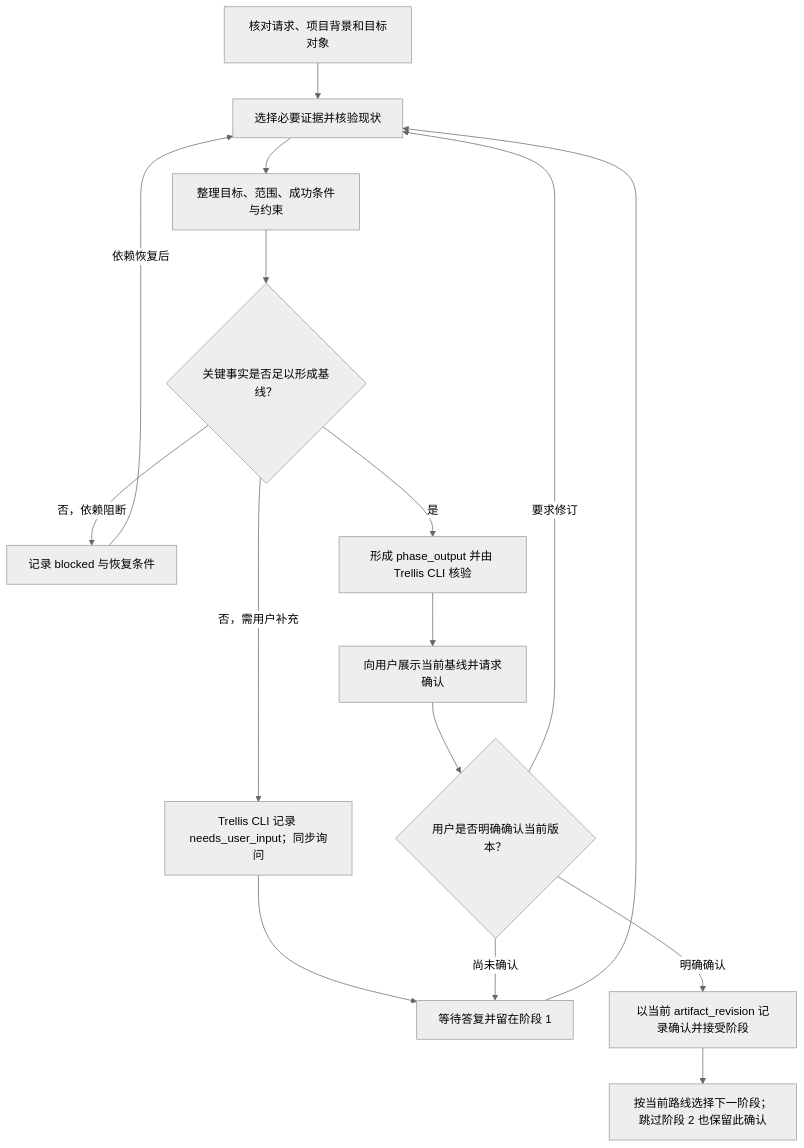
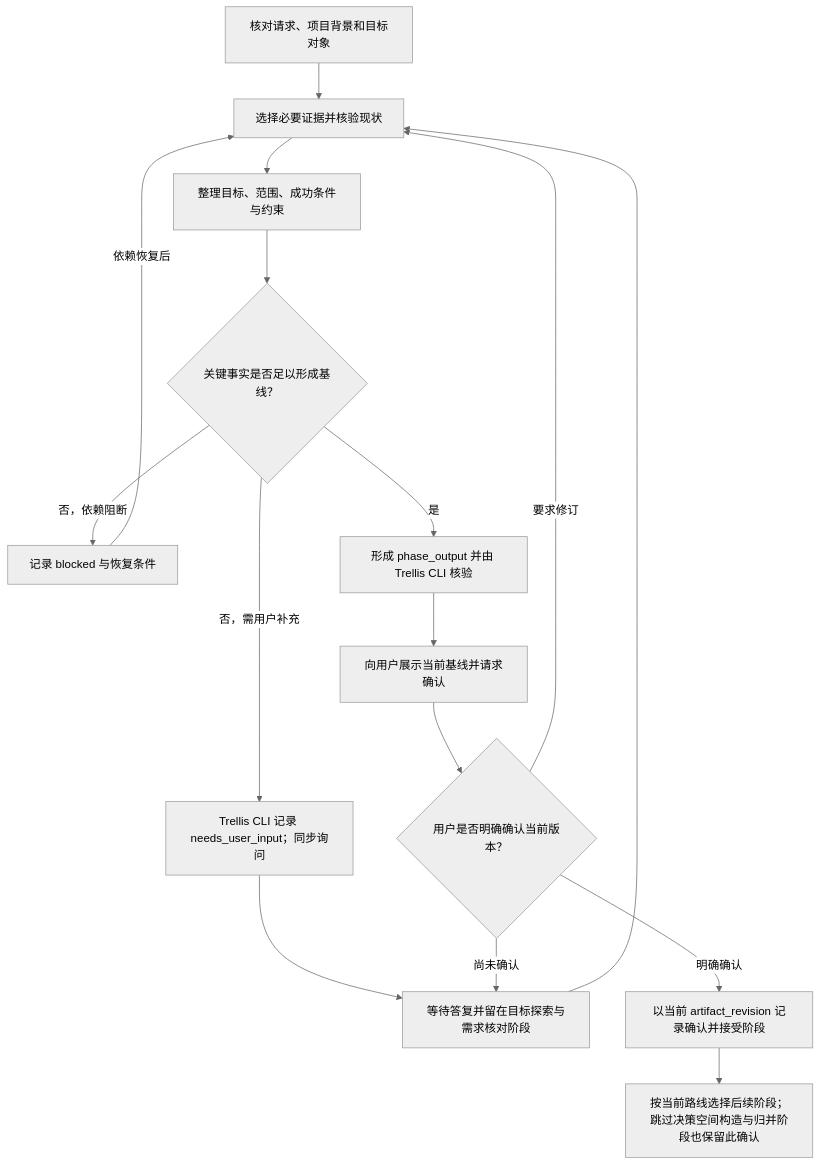
The diagram in packages/cli/src/templates/common/bundled-skills/trellis-goal-exploration-and-requirements/workflow.md (PennixRv/Trellis), drawn with Mermaid (neutral theme) before and after one commit. The commit also changed other lines of this file and 74 other files, not shown here.

````diff
--- a/packages/cli/src/templates/common/bundled-skills/trellis-goal-exploration-and-requirements/workflow.md
+++ b/packages/cli/src/templates/common/bundled-skills/trellis-goal-exploration-and-requirements/workflow.md
@@ -9,18 +9,18 @@
 ```mermaid
 flowchart TD
   request["核对请求、项目背景和目标对象"] --> evidence["选择必要证据并核验现状"]
   evidence --> baseline["整理目标、范围、成功条件与约束"]
   baseline --> enough{"关键事实是否足以形成基线？"}
   enough -->|"否，需用户补充"| ask["Trellis CLI 记录 needs_user_input；同步询问"]
-  ask --> wait["等待答复并留在阶段 1"]
+  ask --> wait["等待答复并留在目标探索与需求核对阶段"]
   wait --> evidence
   enough -->|"否，依赖阻断"| blocked["记录 blocked 与恢复条件"]
   blocked -->|"依赖恢复后"| evidence
   enough -->|"是"| output["形成 phase_output 并由 Trellis CLI 核验"]
   output --> confirm["向用户展示当前基线并请求确认"]
   confirm --> decision{"用户是否明确确认当前版本？"}
   decision -->|"要求修订"| evidence
   decision -->|"尚未确认"| wait
   decision -->|"明确确认"| gate["以当前 artifact_revision 记录确认并接受阶段"]
-  gate --> route["按当前路线选择下一阶段；跳过阶段 2 也保留此确认"]
+  gate --> route["按当前路线选择后续阶段；跳过决策空间构造与归并阶段也保留此确认"]
 ```
````
